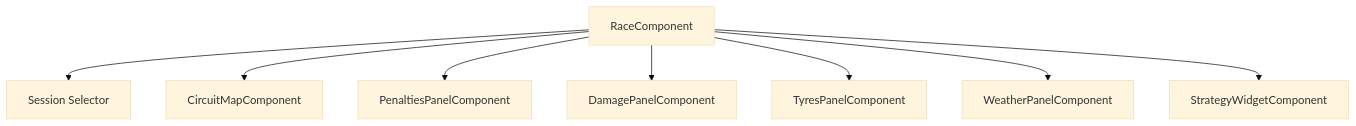
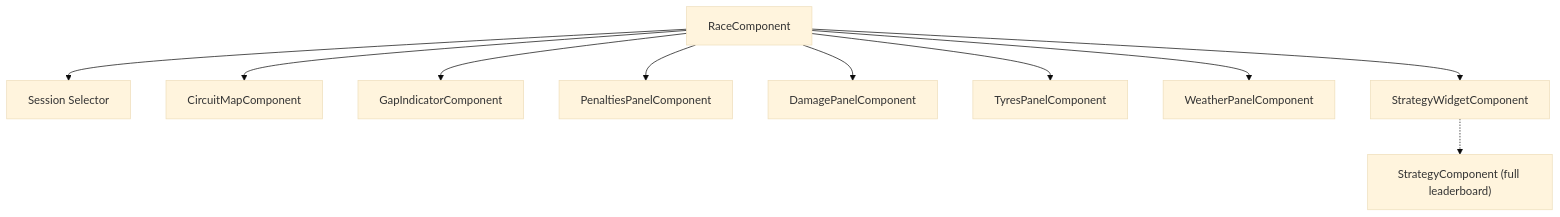
Before and after one commit to vmleon/f12025-race-strategy-simulation: the sixth of 7 diagrams in design/06-INTEGRATION.md, drawn with Mermaid (base theme). The commit also changed other lines of this file and 1 other file, not shown here.

````diff
--- a/design/06-INTEGRATION.md
+++ b/design/06-INTEGRATION.md
@@ -300,11 +302,13 @@
 ```mermaid
 graph TD
     Race["RaceComponent"]
     Race --> Selector["Session Selector"]
     Race --> Circuit["CircuitMapComponent"]
+    Race --> Gap["GapIndicatorComponent"]
     Race --> Penalties["PenaltiesPanelComponent"]
     Race --> Damage["DamagePanelComponent"]
     Race --> Tyres["TyresPanelComponent"]
     Race --> Weather["WeatherPanelComponent"]
     Race --> Strategy["StrategyWidgetComponent"]
+    Strategy -.-> StrategyView["StrategyComponent (full leaderboard)"]
 ```
````
